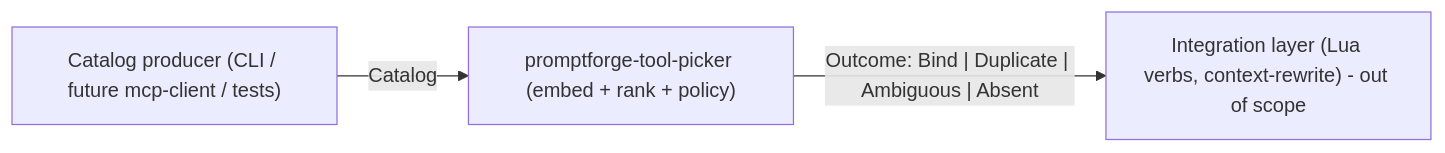
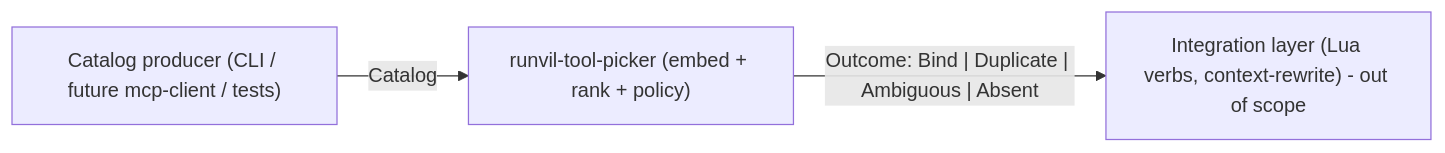
The diagram in vibe/2026-08/2026-08-02-1-tool-picker.md (cppalliance/promptforge), drawn with Mermaid before and after one commit. The commit also changed other lines of this file and 1573 other files, not shown here.

````diff
--- a/vibe/2026-08/2026-08-02-1-tool-picker.md
+++ b/vibe/2026-08/2026-08-02-1-tool-picker.md
@@ -63,5 +63,5 @@
 ```mermaid
 flowchart LR
-  producer["Catalog producer (CLI / future mcp-client / tests)"] -->|"Catalog"| picker["promptforge-tool-picker (embed + rank + policy)"]
+  producer["Catalog producer (CLI / future mcp-client / tests)"] -->|"Catalog"| picker["runvil-tool-picker (embed + rank + policy)"]
   picker -->|"Outcome: Bind | Duplicate | Ambiguous | Absent"| caller["Integration layer (Lua verbs, context-rewrite) - out of scope"]
 ```
````
